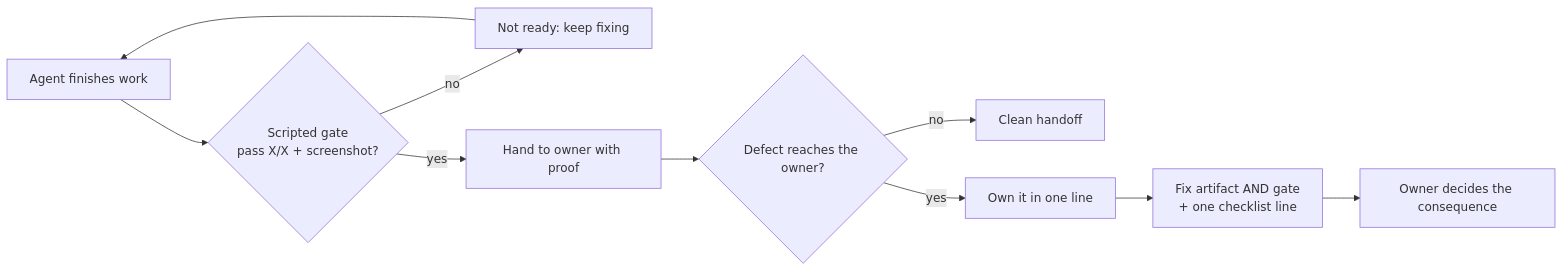
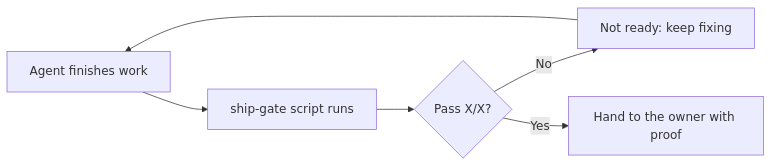
Before and after one commit to arbhlabs/consequences: the first of 2 diagrams in README.md, drawn with Mermaid. The commit also changed other lines of this file and 17 other files, not shown here.

````diff
--- a/README.md
+++ b/README.md
@@ -24,12 +25,8 @@
 ```mermaid
 flowchart LR
-  A[Agent finishes work] --> B{Scripted gate<br/>pass X/X + screenshot?}
-  B -- no --> C[Not ready: keep fixing]
-  C --> A
-  B -- yes --> D[Hand to owner with proof]
-  D --> E{Defect reaches the owner?}
-  E -- no --> F[Clean handoff]
-  E -- yes --> G[Own it in one line]
-  G --> H[Fix artifact AND gate<br/>+ one checklist line]
-  H --> I[Owner decides the consequence]
+  A[Agent finishes work] --> B[ship-gate script runs]
+  B --> C{Pass X/X?}
+  C -->|No| D[Not ready: keep fixing]
+  D --> A
+  C -->|Yes| E[Hand to the owner with proof]
 ```
````
